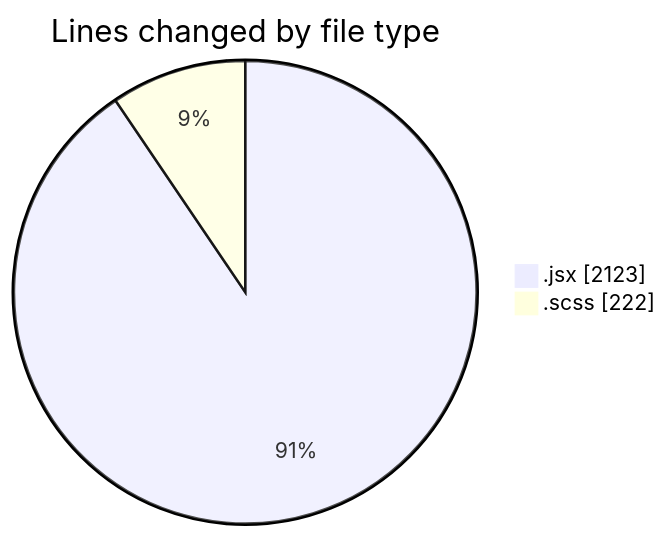
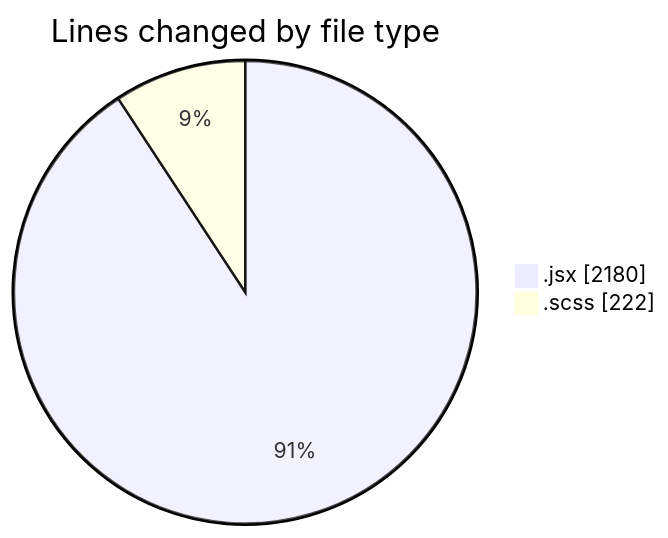
One commit to momahboobian/code-tracking changed the first of 2 diagrams in 2026-09-02/cda/README.md. Above: the diagram before and after it, drawn with Mermaid. The commit also changed other lines of this file and 1 other file, not shown here.

````diff
--- a/2026-09-02/cda/README.md
+++ b/2026-09-02/cda/README.md
@@ -27,6 +27,6 @@
 ```mermaid
 pie showData
 title Lines changed by file type
-".jsx" : 2123
+".jsx" : 2180
 ".scss" : 222
 ```
````
